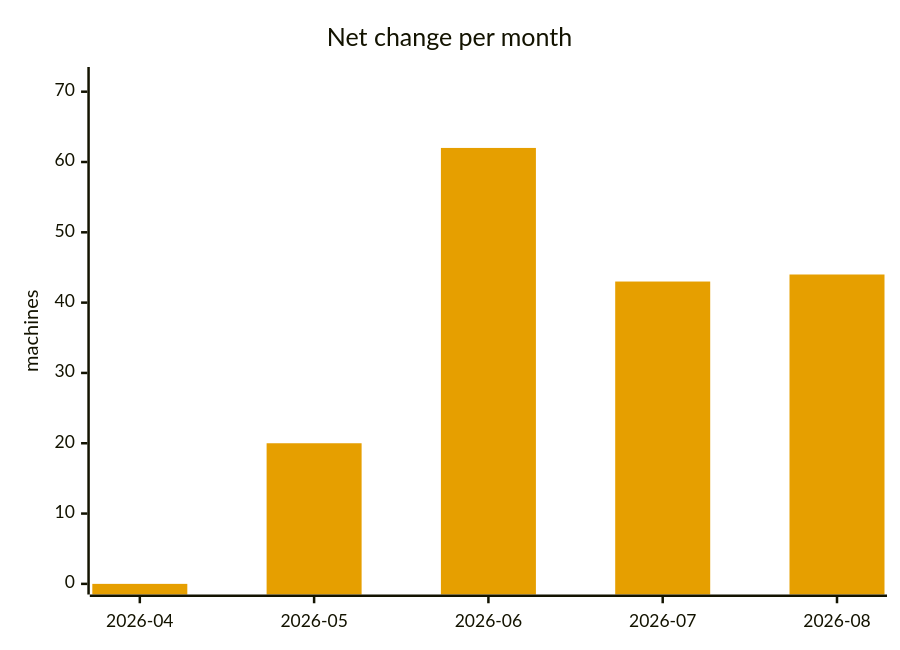
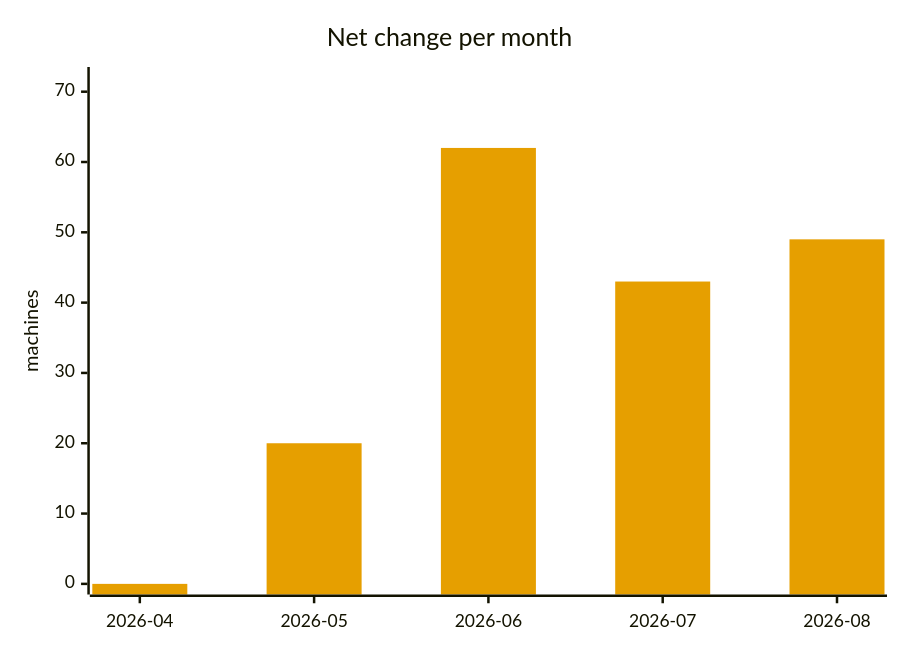
One commit to cheeaun/returnright-data changed the seventh of 7 diagrams in ANALYSIS.md. Above: the diagram before and after it, drawn with Mermaid. The commit also changed other lines of this file and 3 other files, not shown here.

````diff
--- a/ANALYSIS.md
+++ b/ANALYSIS.md
@@ -300,13 +302,13 @@
 ```mermaid
 ---
 config:
   themeVariables:
     xyChart:
       plotColorPalette: "#E69F00"
 ---
 xychart-beta
     title "Net change per month"
     x-axis ["2026-04", "2026-05", "2026-06", "2026-07", "2026-08"]
     y-axis "machines" 0 --> 72
-    bar [0, 20, 62, 43, 44]
+    bar [0, 20, 62, 43, 49]
 ```
````
